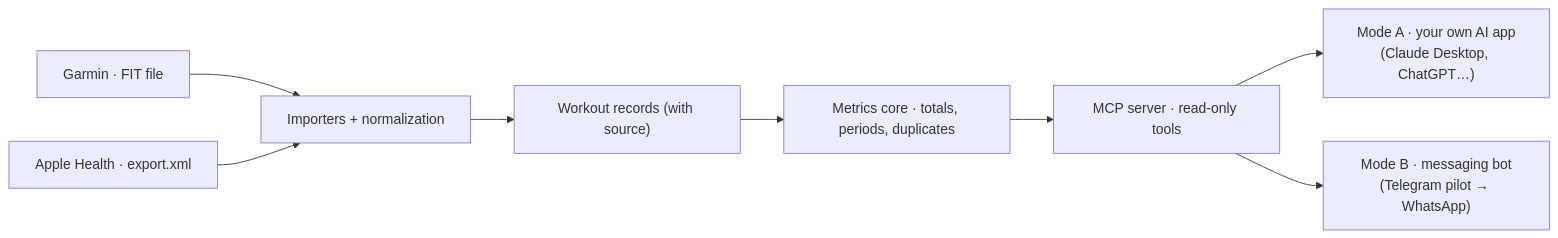
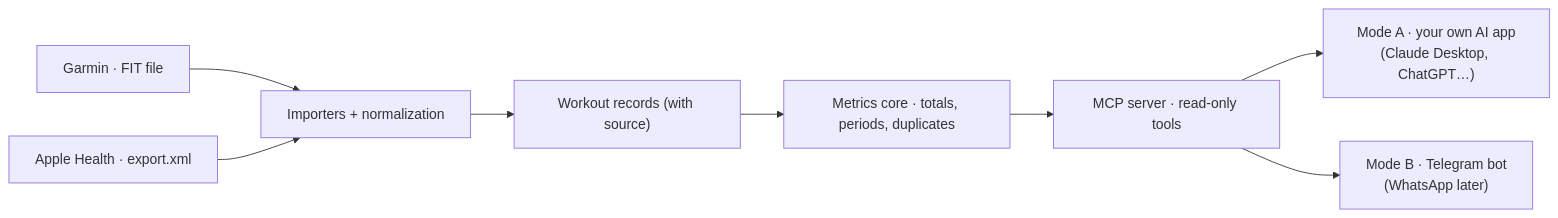
One commit to Miguelz80/OpenClock changed the diagram in README.md. Above: the diagram before and after it, drawn with Mermaid. The commit also changed other lines of this file and 15 other files, not shown here.

````diff
--- a/README.md
+++ b/README.md
@@ -69,10 +80,10 @@
 ```mermaid
 flowchart LR
     G["Garmin · FIT file"] --> I["Importers + normalization"]
     A["Apple Health · export.xml"] --> I
     I --> D["Workout records (with source)"]
     D --> K["Metrics core · totals, periods, duplicates"]
     K --> M["MCP server · read-only tools"]
     M --> C1["Mode A · your own AI app<br/>(Claude Desktop, ChatGPT…)"]
-    M --> C2["Mode B · messaging bot<br/>(Telegram pilot → WhatsApp)"]
+    M --> C2["Mode B · Telegram bot<br/>(WhatsApp later)"]
 ```
````
